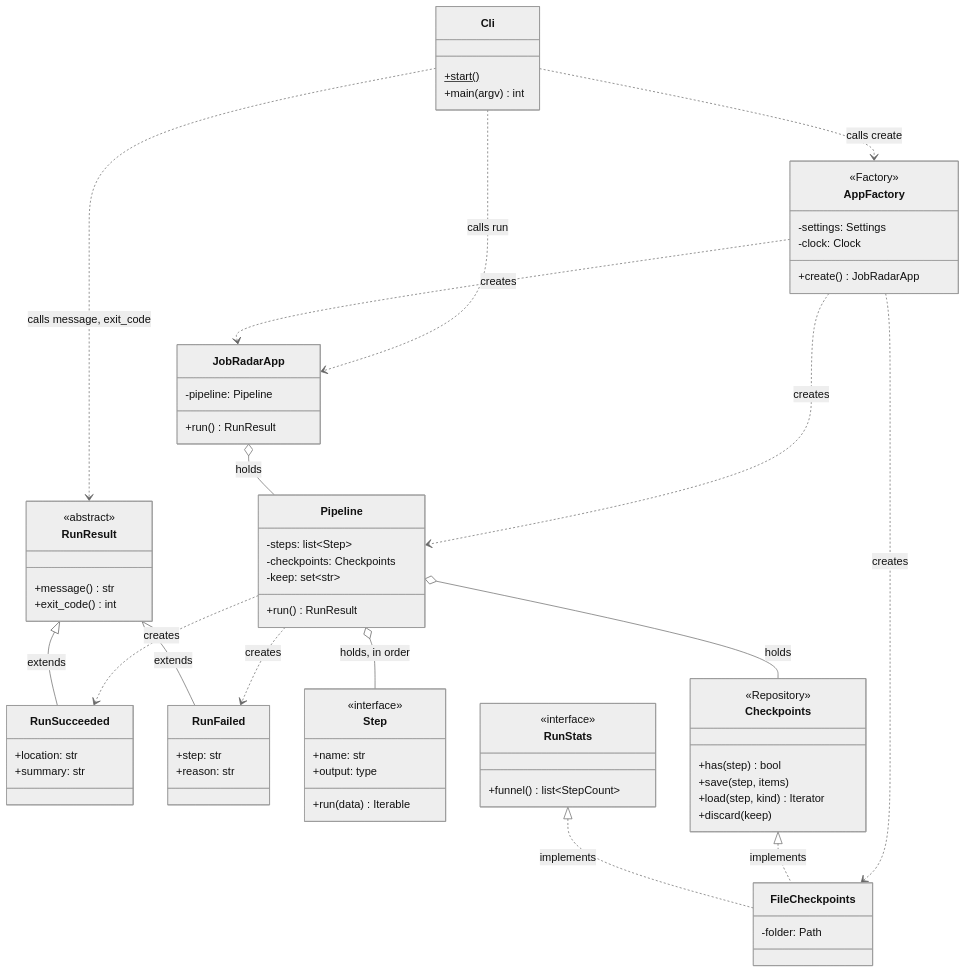
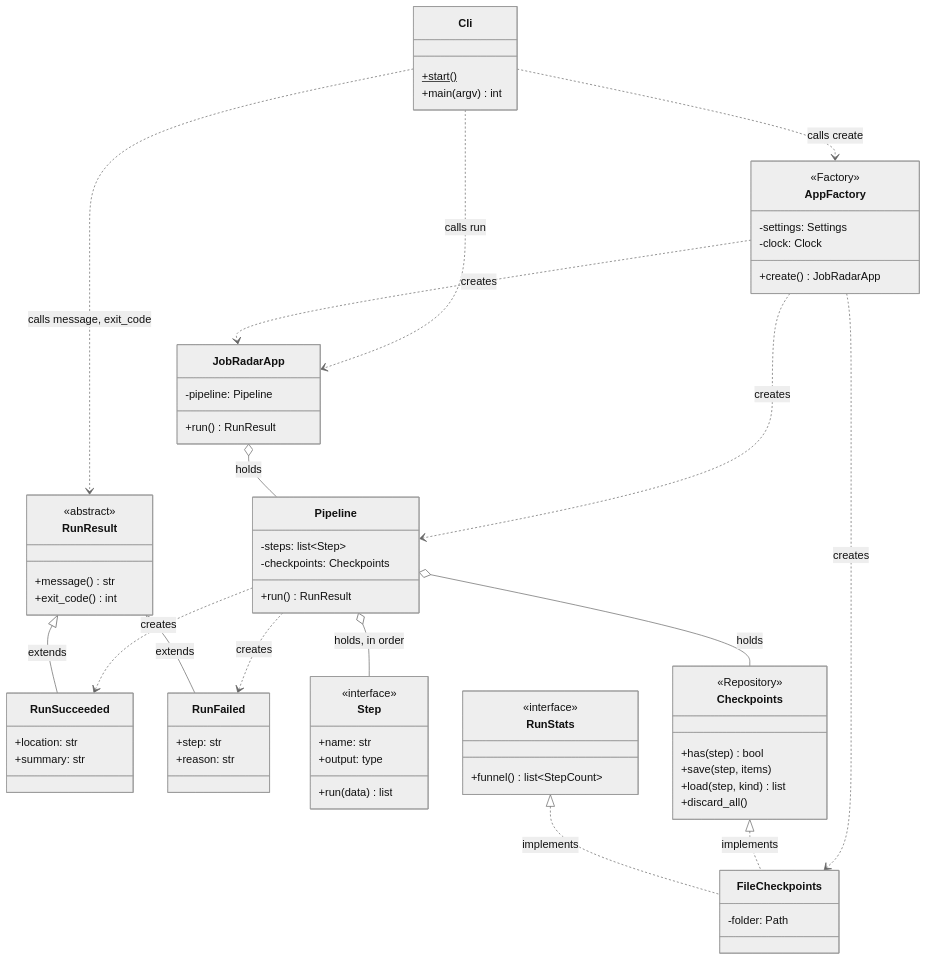
The first of 4 diagrams in docs/architecture.md (adailida/job-radar), drawn with Mermaid (neutral theme) before and after one commit. The commit also changed other lines of this file and 35 other files, not shown here.

````diff
--- a/docs/architecture.md
+++ b/docs/architecture.md
@@ -22,74 +22,73 @@
 ```mermaid
 classDiagram
     direction TB
 
     class Cli {
         +start()$
         +main(argv) int
     }
     class AppFactory {
         <<Factory>>
         -settings: Settings
         -clock: Clock
         +create() JobRadarApp
     }
     class JobRadarApp {
         -pipeline: Pipeline
         +run() RunResult
     }
     class RunResult {
         <<abstract>>
         +message() str
         +exit_code() int
     }
     class RunSucceeded {
         +location: str
         +summary: str
     }
     class RunFailed {
         +step: str
         +reason: str
     }
     class Pipeline {
         -steps: list~Step~
         -checkpoints: Checkpoints
-        -keep: set~str~
         +run() RunResult
     }
     class Step {
         <<interface>>
         +name: str
         +output: type
-        +run(data) Iterable
+        +run(data) list
     }
     class Checkpoints {
         <<Repository>>
         +has(step) bool
         +save(step, items)
-        +load(step, kind) Iterator
-        +discard(keep)
+        +load(step, kind) list
+        +discard_all()
     }
     class RunStats {
         <<interface>>
         +funnel() list~StepCount~
     }
     class FileCheckpoints {
         -folder: Path
     }
 
     Cli ..> AppFactory : calls create
     Cli ..> JobRadarApp : calls run
     Cli ..> RunResult : calls message, exit_code
     AppFactory ..> JobRadarApp : creates
     AppFactory ..> Pipeline : creates
     AppFactory ..> FileCheckpoints : creates
     JobRadarApp o-- Pipeline : holds
     Pipeline o-- Step : holds, in order
     Pipeline o-- Checkpoints : holds
     Pipeline ..> RunSucceeded : creates
     Pipeline ..> RunFailed : creates
     RunResult <|-- RunSucceeded : extends
     RunResult <|-- RunFailed : extends
     Checkpoints <|.. FileCheckpoints : implements
     RunStats <|.. FileCheckpoints : implements
 ```
````
